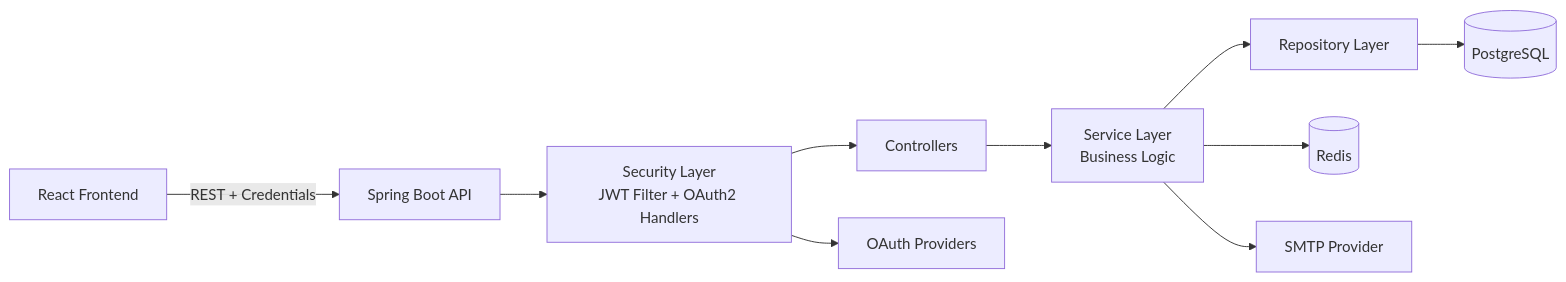
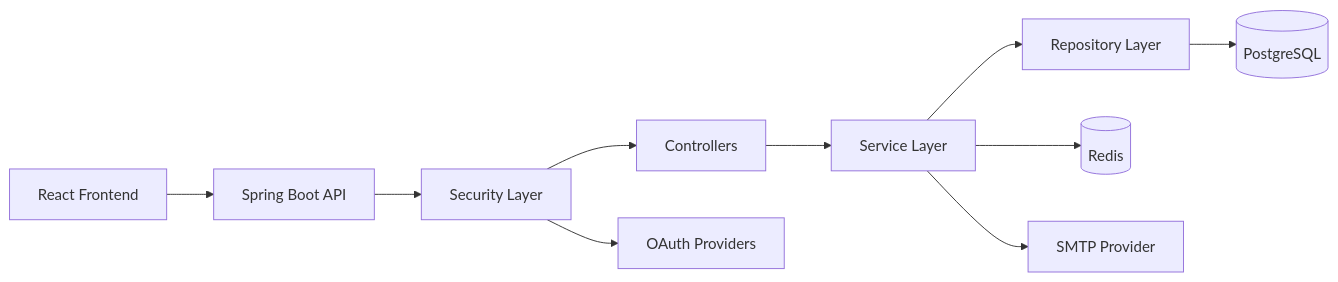
One commit to himanshugupta91/Full-Stack-Authentication-System changed the first of 12 diagrams in README.md. Above: the diagram before and after it, drawn with Mermaid. The commit also changed other lines of this file, not shown here.

Commit message:
Rewrite all 12 mermaid diagrams from scratch with plain GitHub-compatible syntax

````diff
--- a/README.md
+++ b/README.md
@@ -132,23 +132,12 @@
 ```mermaid
-flowchart LR
-    FE[React Frontend]
-    API[Spring Boot API]
-    SEC[Security Layer\nJWT Filter + OAuth2 Handlers]
-    CTRL[Controllers]
-    SVC[Service Layer\nBusiness Logic]
-    REPO[Repository Layer]
-    PG[(PostgreSQL)]
-    REDIS[(Redis)]
-    SMTP[SMTP Provider]
-    OAUTH[OAuth Providers]
-
-    FE -->|REST + Credentials| API
-    API --> SEC
-    SEC --> CTRL
-    CTRL --> SVC
-    SVC --> REPO
-    REPO --> PG
-    SVC --> REDIS
-    SVC --> SMTP
-    SEC --> OAUTH
+graph LR
+    A[React Frontend] --> B[Spring Boot API]
+    B --> C[Security Layer]
+    C --> D[Controllers]
+    D --> E[Service Layer]
+    E --> F[Repository Layer]
+    F --> G[(PostgreSQL)]
+    E --> H[(Redis)]
+    E --> I[SMTP Provider]
+    C --> J[OAuth Providers]
 ```
````
